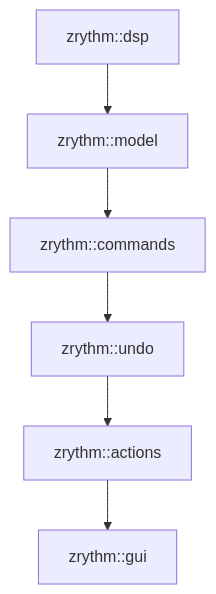
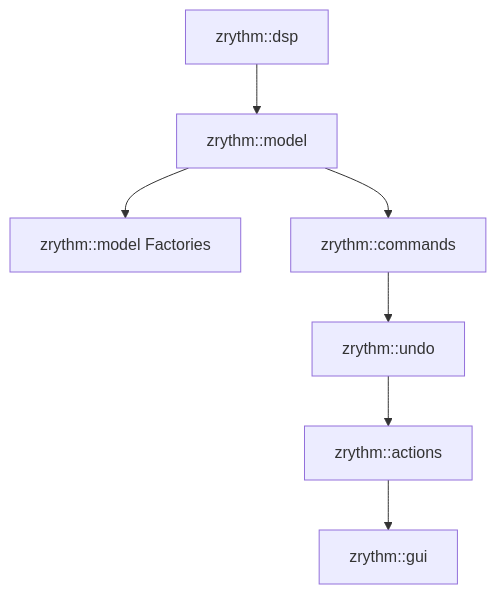
Before and after one commit to zrythm/zrythm: the first of 3 diagrams in doc/dev/undo_system.md, drawn with Mermaid. The commit also changed other lines of this file and 35 other files, not shown here.

````diff
--- a/doc/dev/undo_system.md
+++ b/doc/dev/undo_system.md
@@ -23,8 +24,9 @@
 ```mermaid
 graph TD
     dsp[zrythm::dsp] --> model[zrythm::model]
-    model[zrythm::model] --> commands[zrythm::commands]
+    model --> factories[zrythm::model Factories]
+    model --> commands[zrythm::commands]
     commands --> undo[zrythm::undo]
     undo --> actions[zrythm::actions]
     actions --> gui[zrythm::gui]
 ```
````
